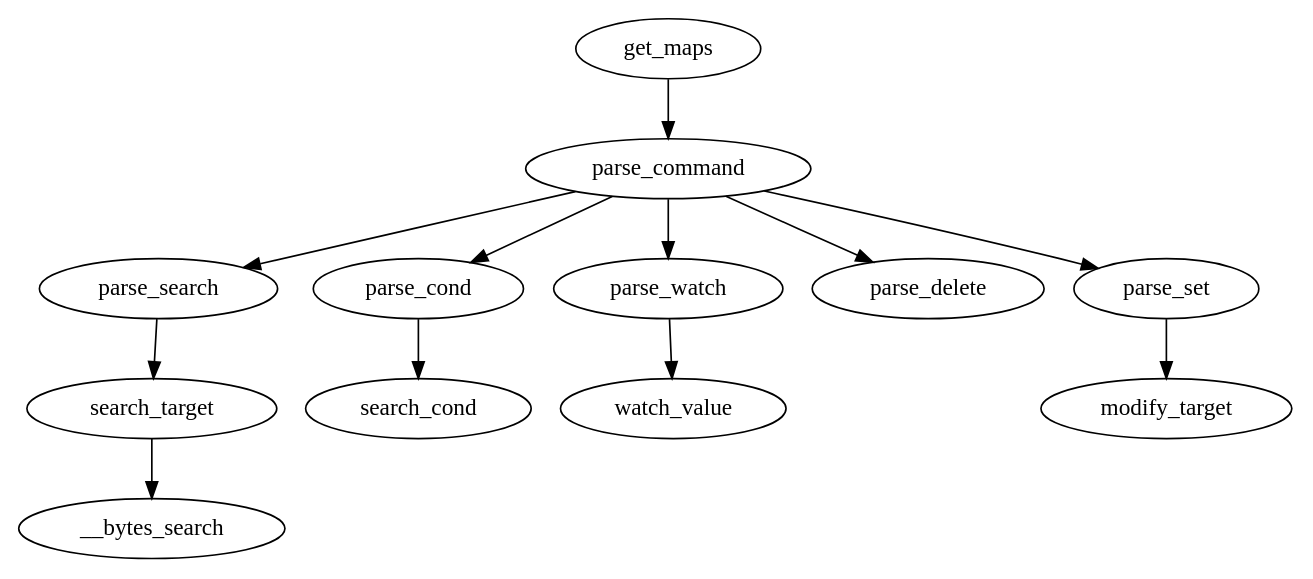
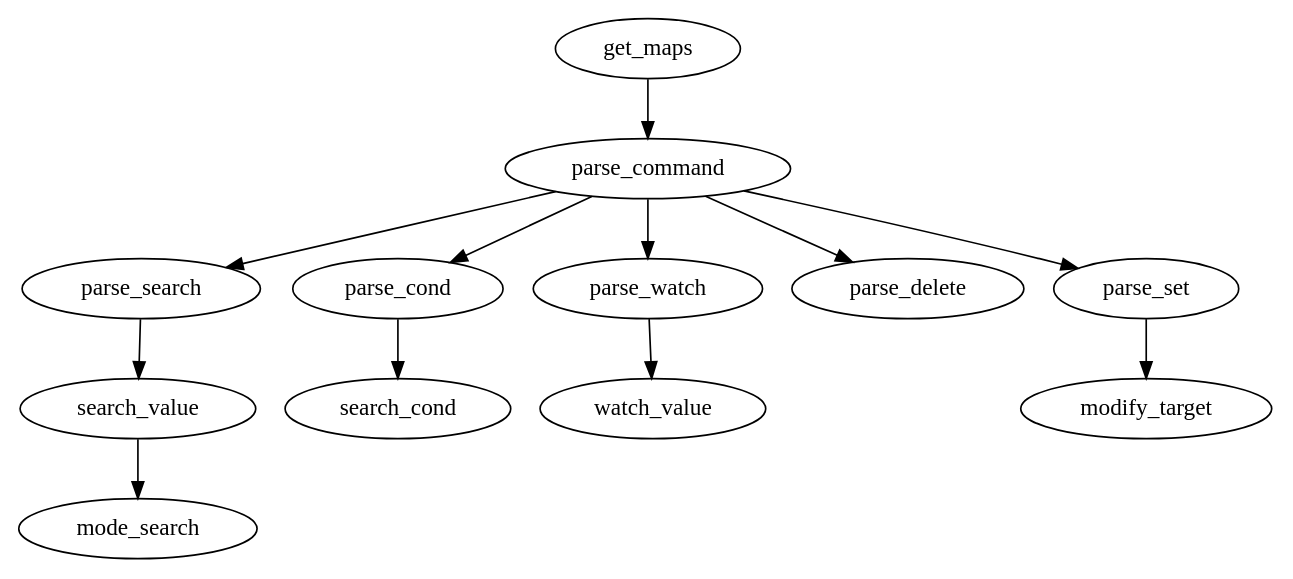
The diagram in arch.dot (link-jay/mem_scan), drawn with Graphviz before and after one commit. The commit also changed 2 other files, not shown here.

```diff
--- a/arch.dot
+++ b/arch.dot
@@ -1,8 +1,8 @@
 digraph G {
 	get_maps -> parse_command
-    	parse_command -> parse_search -> search_target -> __bytes_search;
+    	parse_command -> parse_search -> search_value -> mode_search;
 	parse_command -> parse_cond -> search_cond;
       	parse_command -> parse_watch -> watch_value;
         parse_command -> parse_delete;
         parse_command -> parse_set -> modify_target;
 }
```
